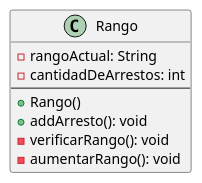
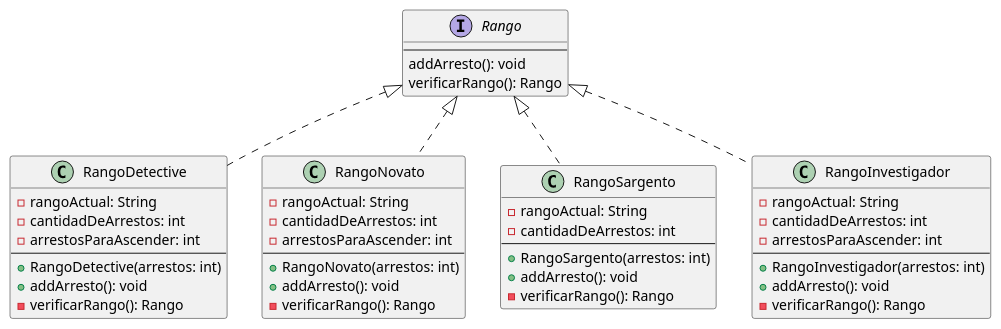
The diagram in diagrams/classes/Entrega1/claseRango.puml (alexguttlein/TP2-CarmenSandiego), drawn with PlantUML before and after one commit. The commit also changed 20 other files, not shown here.

```diff
--- a/diagrams/classes/Entrega1/claseRango.puml
+++ b/diagrams/classes/Entrega1/claseRango.puml
@@ -1,13 +1,49 @@
 @startuml
 
-class Rango {
+interface Rango {
+    --
+    addArresto(): void
+    verificarRango(): Rango
+}
+
+class RangoDetective {
+    -rangoActual: String
+    -cantidadDeArrestos: int
+    -arrestosParaAscender: int
+    --
+    +RangoDetective(arrestos: int)
+    +addArresto(): void
+    -verificarRango(): Rango
+}
+class RangoNovato {
+    -rangoActual: String
+    -cantidadDeArrestos: int
+    -arrestosParaAscender: int
+    --
+    +RangoNovato(arrestos: int)
+    +addArresto(): void
+    -verificarRango(): Rango
+}
+class RangoSargento {
     -rangoActual: String
     -cantidadDeArrestos: int
     --
-    +Rango()
+    +RangoSargento(arrestos: int)
     +addArresto(): void
-    -verificarRango(): void
-    -aumentarRango(): void
+    -verificarRango(): Rango
 }
+class RangoInvestigador {
+    -rangoActual: String
+    -cantidadDeArrestos: int
+    -arrestosParaAscender: int
+    --
+    +RangoInvestigador(arrestos: int)
+    +addArresto(): void
+    -verificarRango(): Rango
+}
+Rango <|.. RangoDetective
+Rango <|.. RangoSargento
+Rango <|.. RangoNovato
+Rango <|.. RangoInvestigador
 
 @enduml
```
